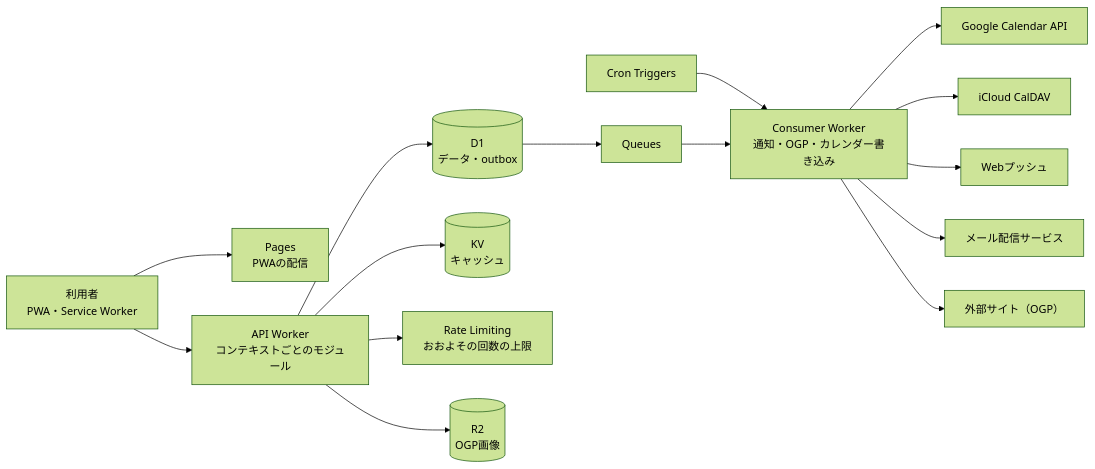
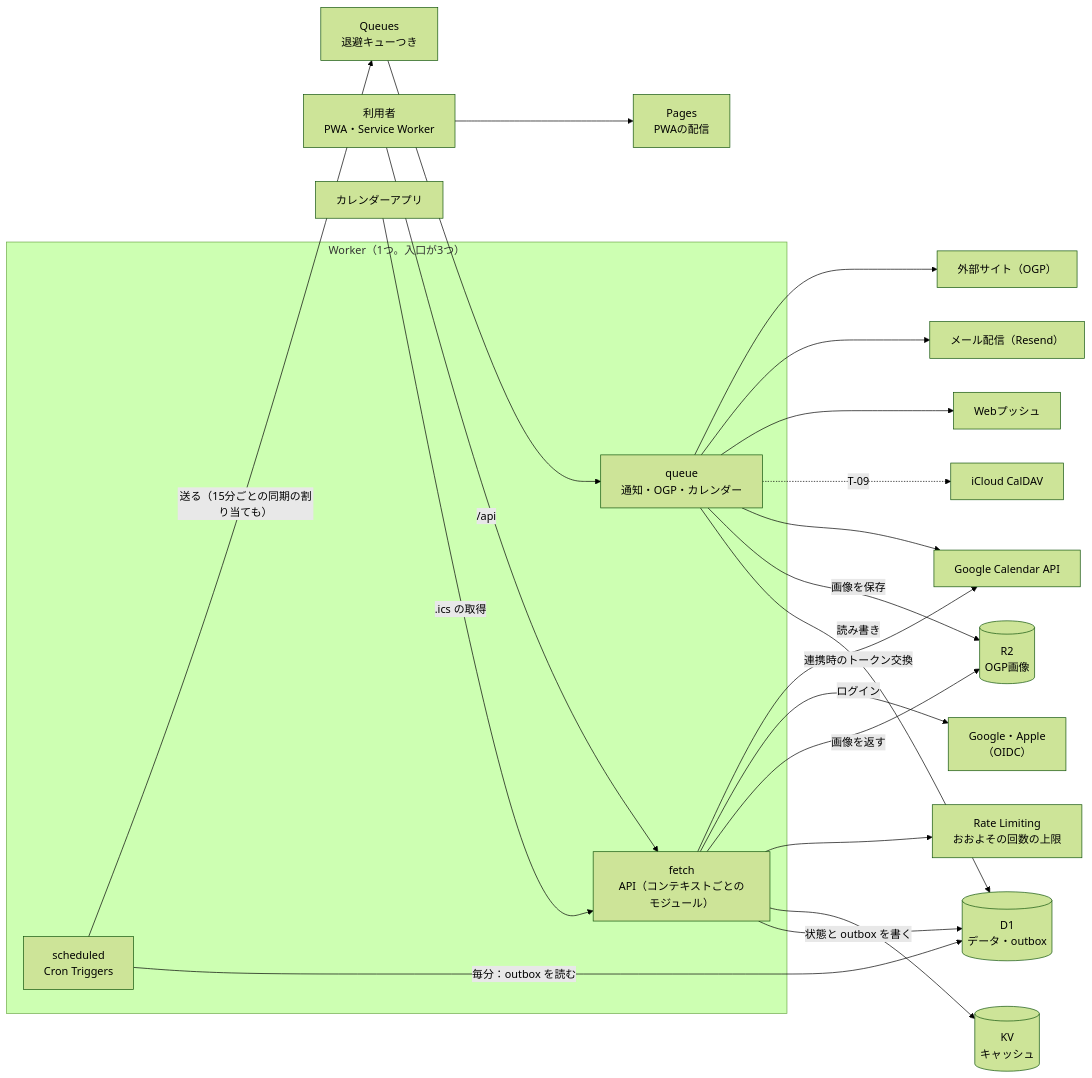
The second of 2 diagrams in docs/requirements.md (pryusei/kokohima-app), drawn with Mermaid (forest theme) before and after one commit. The commit also changed other lines of this file, not shown here.

Commit message:
仕様書：要件書の構成図をいまの構成（1つのWorkerと3つの入口）に合わせる
Claude-Session: https://claude.ai/code/session_01JafqR9Xu9ZUqnN1gVVQpun

````diff
--- a/docs/requirements.md
+++ b/docs/requirements.md
@@ -105,17 +105,27 @@
 ```mermaid
 flowchart LR
   U["利用者<br/>PWA・Service Worker"] --> P["Pages<br/>PWAの配信"]
-  U --> A["API Worker<br/>コンテキストごとのモジュール"]
-  A --> D1[("D1<br/>データ・outbox")]
+  CA["カレンダーアプリ"] -->|".ics の取得"| A
+  subgraph W["Worker（1つ。入口が3つ）"]
+    A["fetch<br/>API（コンテキストごとのモジュール）"]
+    S["scheduled<br/>Cron Triggers"]
+    C["queue<br/>通知・OGP・カレンダー"]
+  end
+  U -->|"/api"| A
+  A -->|"状態と outbox を書く"| D1[("D1<br/>データ・outbox")]
   A --> KV[("KV<br/>キャッシュ")]
   A --> RL["Rate Limiting<br/>おおよその回数の上限"]
-  A --> R2[("R2<br/>OGP画像")]
-  D1 --> Q["Queues"]
-  CR["Cron Triggers"] --> C["Consumer Worker<br/>通知・OGP・カレンダー書き込み"]
+  A -->|"画像を返す"| R2[("R2<br/>OGP画像")]
+  A -->|"ログイン"| ID["Google・Apple<br/>（OIDC）"]
+  A -->|"連携時のトークン交換"| G
+  S -->|"毎分：outbox を読む"| D1
+  S -->|"送る（15分ごとの同期の割り当ても）"| Q["Queues<br/>退避キューつき"]
   Q --> C
+  C -->|"読み書き"| D1
+  C -->|"画像を保存"| R2
   C --> G["Google Calendar API"]
-  C --> I["iCloud CalDAV"]
+  C -.->|"T-09"| I["iCloud CalDAV"]
   C --> WP["Webプッシュ"]
-  C --> M["メール配信サービス"]
-  C --> S["外部サイト（OGP）"]
+  C --> M["メール配信（Resend）"]
+  C --> SX["外部サイト（OGP）"]
 ```
````
